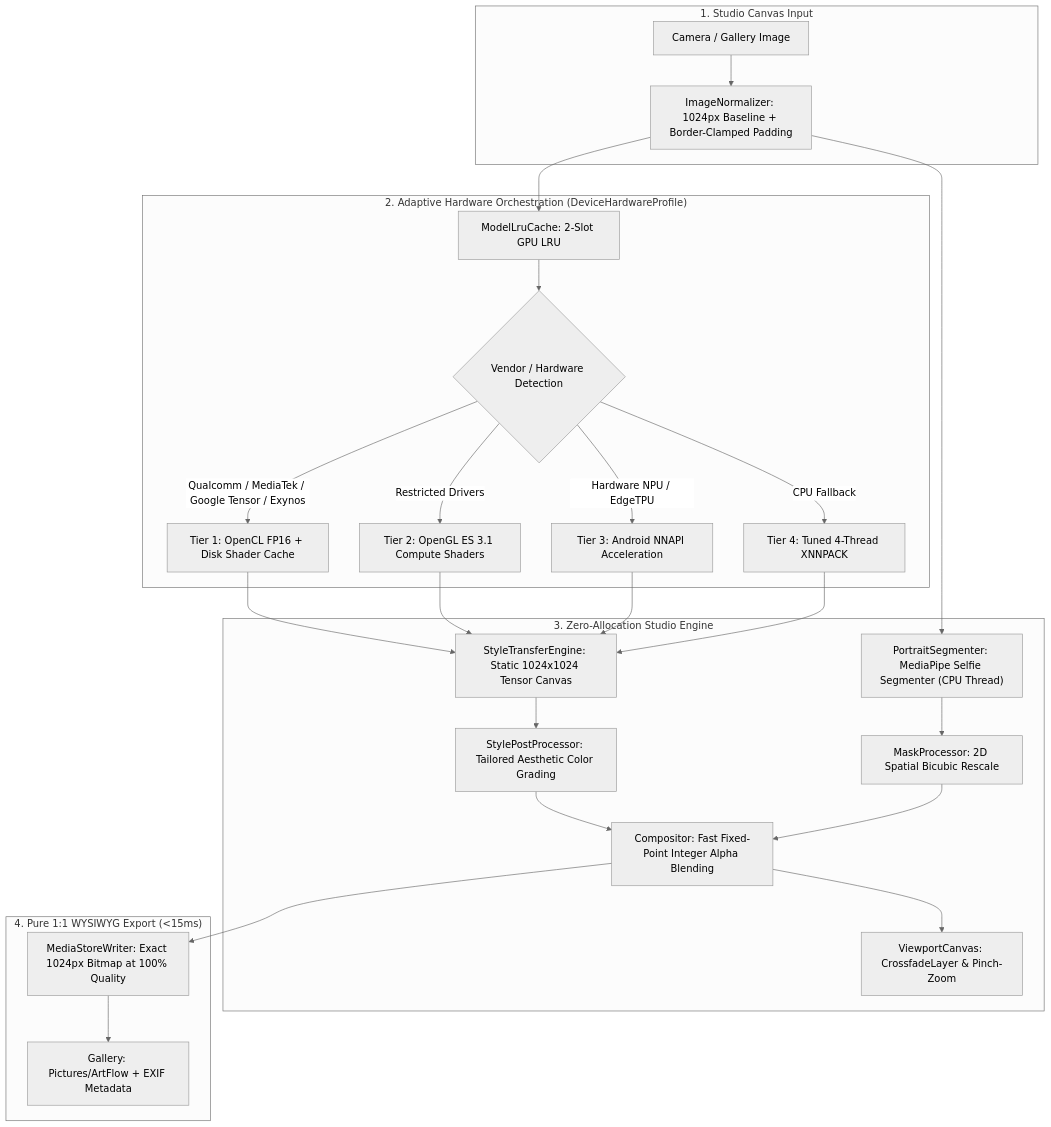
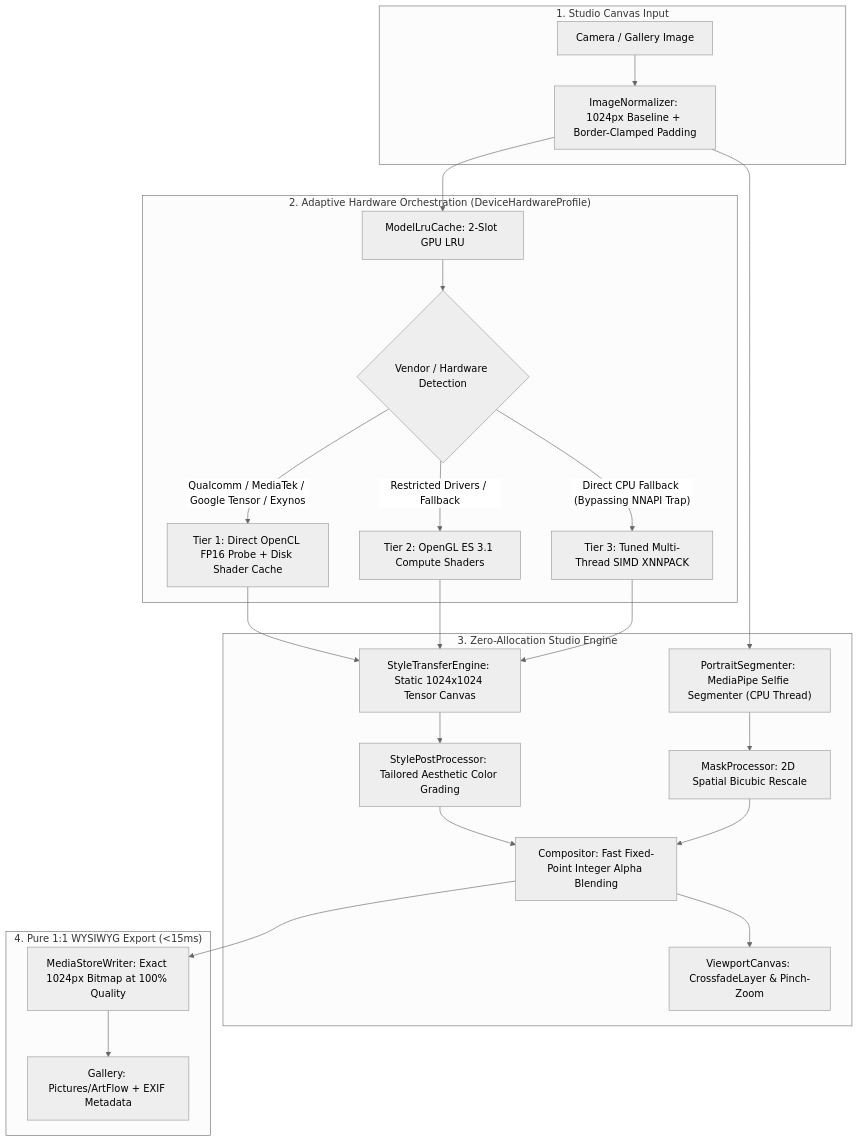
The diagram in README.md (Sadik00789/Artflow-Android), drawn with Mermaid (neutral theme) before and after one commit. The commit also changed other lines of this file and 2 other files, not shown here.

Commit message:
fix(engine): bypass TFLite CompatibilityList and drop NNAPI fallback to unlock modern GPU compute

````diff
--- a/README.md
+++ b/README.md
@@ -50,30 +52,29 @@
 ```mermaid
 flowchart TD
     subgraph InputStage ["1. Studio Canvas Input"]
         A["Camera / Gallery Image"] --> B["ImageNormalizer: 1024px Baseline + Border-Clamped Padding"]
     end
 
     subgraph HardwareStage ["2. Adaptive Hardware Orchestration (DeviceHardwareProfile)"]
         B --> C["ModelLruCache: 2-Slot GPU LRU"]
         C --> D{"Vendor / Hardware Detection"}
-        D -->|"Qualcomm / MediaTek / Google Tensor / Exynos"| E["Tier 1: OpenCL FP16 + Disk Shader Cache"]
-        D -->|"Restricted Drivers"| F["Tier 2: OpenGL ES 3.1 Compute Shaders"]
-        D -->|"Hardware NPU / EdgeTPU"| G["Tier 3: Android NNAPI Acceleration"]
-        D -->|"CPU Fallback"| H["Tier 4: Tuned 4-Thread XNNPACK"]
+        D -->|"Qualcomm / MediaTek / Google Tensor / Exynos"| E["Tier 1: Direct OpenCL FP16 Probe + Disk Shader Cache"]
+        D -->|"Restricted Drivers / Fallback"| F["Tier 2: OpenGL ES 3.1 Compute Shaders"]
+        D -->|"Direct CPU Fallback (Bypassing NNAPI Trap)"| H["Tier 3: Tuned Multi-Thread SIMD XNNPACK"]
     end
 
     subgraph StudioEngine ["3. Zero-Allocation Studio Engine"]
-        E & F & G & H --> I["StyleTransferEngine: Static 1024x1024 Tensor Canvas"]
+        E & F & H --> I["StyleTransferEngine: Static 1024x1024 Tensor Canvas"]
         B --> J["PortraitSegmenter: MediaPipe Selfie Segmenter (CPU Thread)"]
         J --> K["MaskProcessor: 2D Spatial Bicubic Rescale"]
         I --> L["StylePostProcessor: Tailored Aesthetic Color Grading"]
         L --> M["Compositor: Fast Fixed-Point Integer Alpha Blending"]
         K --> M
         M --> N["ViewportCanvas: CrossfadeLayer & Pinch-Zoom"]
     end
 
     subgraph ExportStage ["4. Pure 1:1 WYSIWYG Export (<15ms)"]
         M --> O["MediaStoreWriter: Exact 1024px Bitmap at 100% Quality"]
         O --> P["Gallery: Pictures/ArtFlow + EXIF Metadata"]
     end
 ```
````
